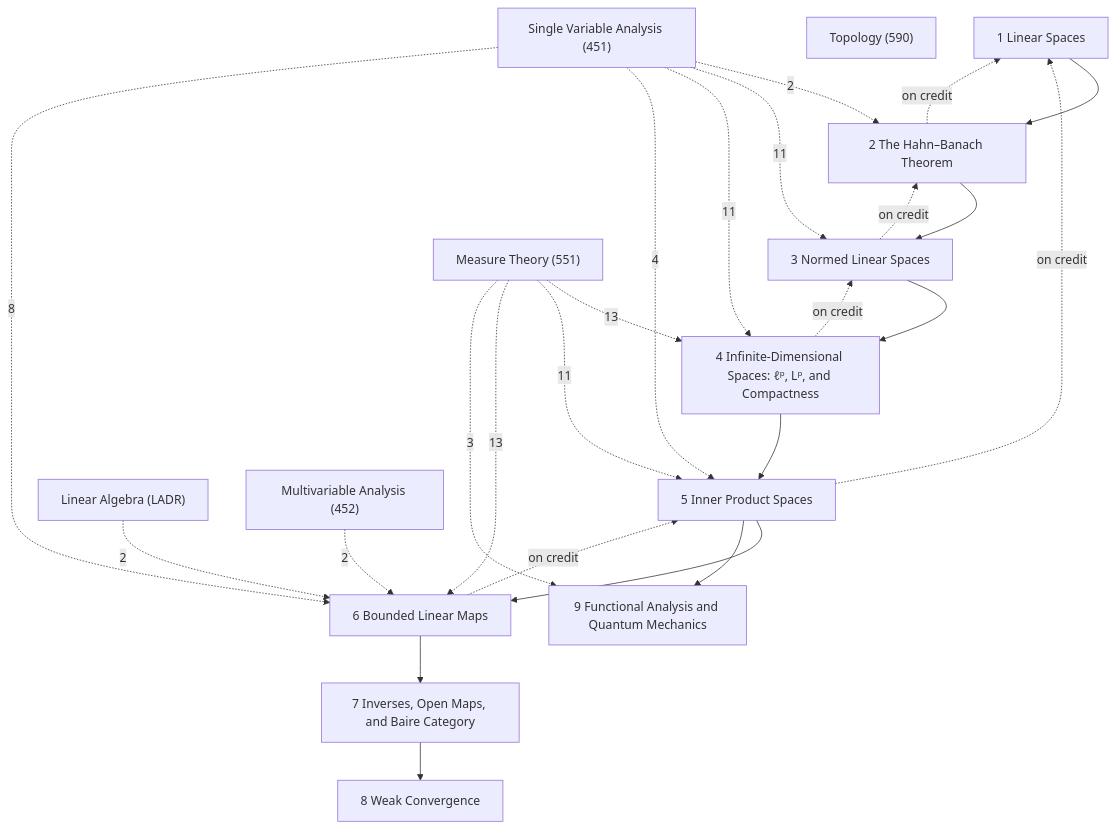
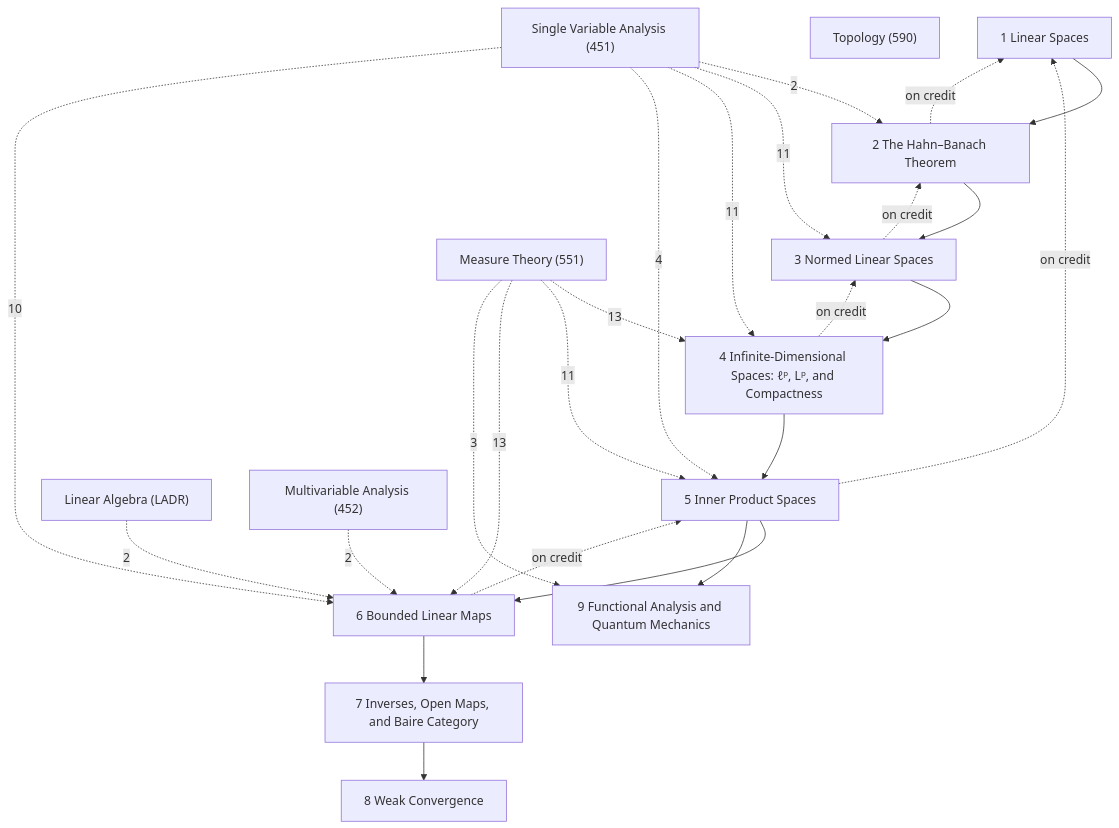
One commit to Onion20040508/notes changed the diagram in Math/Functional Analysis/Functional Analysis.md. Above: the diagram before and after it, drawn with Mermaid. The commit also changed other lines of this file and 144 other files, not shown here.

````diff
--- a/Math/Functional Analysis/Functional Analysis.md
+++ b/Math/Functional Analysis/Functional Analysis.md
@@ -33,41 +33,41 @@
 ```mermaid
 graph TD
   C1["1 Linear Spaces"]
   C2["2 The Hahn–Banach Theorem"]
   C3["3 Normed Linear Spaces"]
   C4["4 Infinite-Dimensional Spaces: ℓᵖ, Lᵖ, and Compactness"]
   C5["5 Inner Product Spaces"]
   C6["6 Bounded Linear Maps"]
   C7["7 Inverses, Open Maps, and Baire Category"]
   C8["8 Weak Convergence"]
   C9["9 Functional Analysis and Quantum Mechanics"]
   X1["Linear Algebra (LADR)"]
   X2["Measure Theory (551)"]
   X3["Topology (590)"]
   X4["Single Variable Analysis (451)"]
   X5["Multivariable Analysis (452)"]
   C1 --> C2
   C2 --> C3
   C3 --> C4
   C4 --> C5
   C5 --> C6
   C5 --> C9
   C6 --> C7
   C7 --> C8
   C2 -.->|on credit| C1
   C3 -.->|on credit| C2
   C4 -.->|on credit| C3
   C5 -.->|on credit| C1
   C6 -.->|on credit| C5
   X1 -.->|2| C6
   X2 -.->|13| C4
   X2 -.->|11| C5
   X2 -.->|13| C6
   X2 -.->|3| C9
   X5 -.->|2| C6
   X4 -.->|2| C2
   X4 -.->|11| C3
   X4 -.->|11| C4
   X4 -.->|4| C5
-  X4 -.->|8| C6
+  X4 -.->|10| C6
 ```
````
